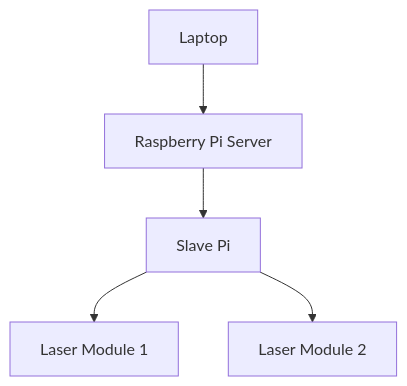
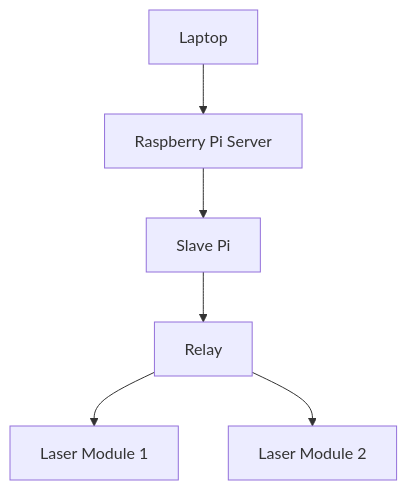
One commit to tl0wh/EGL314_Team-A_Project-Repository changed the diagram in MVP/Laser_Modules/Laser.md. Above: the diagram before and after it, drawn with Mermaid. The commit also changed 1 other file, not shown here.

Commit message:
Documentation 2

````diff
--- a/MVP/Laser_Modules/Laser.md
+++ b/MVP/Laser_Modules/Laser.md
@@ -7,7 +7,8 @@
 ```mermaid
 graph TD
 A[Laptop] --> B[Raspberry Pi Server]
 B --> C[Slave Pi]
-C --> D1[Laser Module 1]
-C --> D2[Laser Module 2]
+C --> D[Relay]
+D --> D1[Laser Module 1]
+D --> D2[Laser Module 2]
 ```
````
